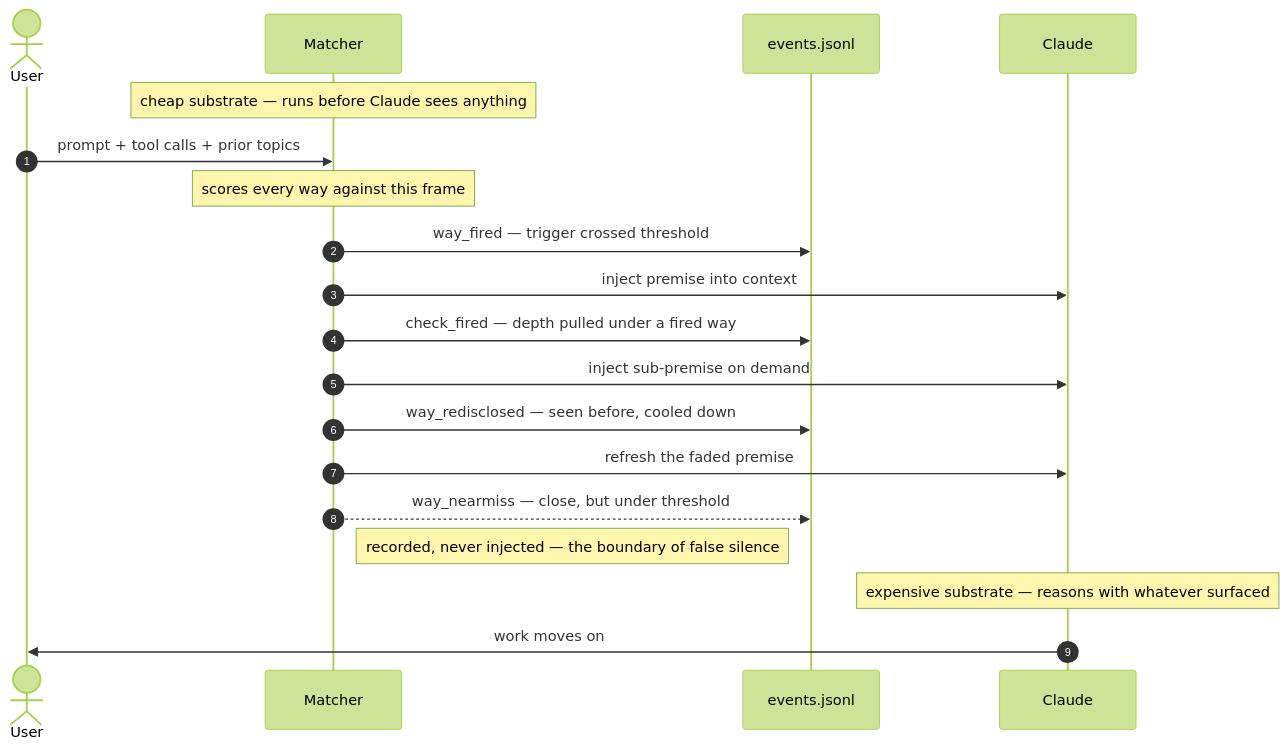
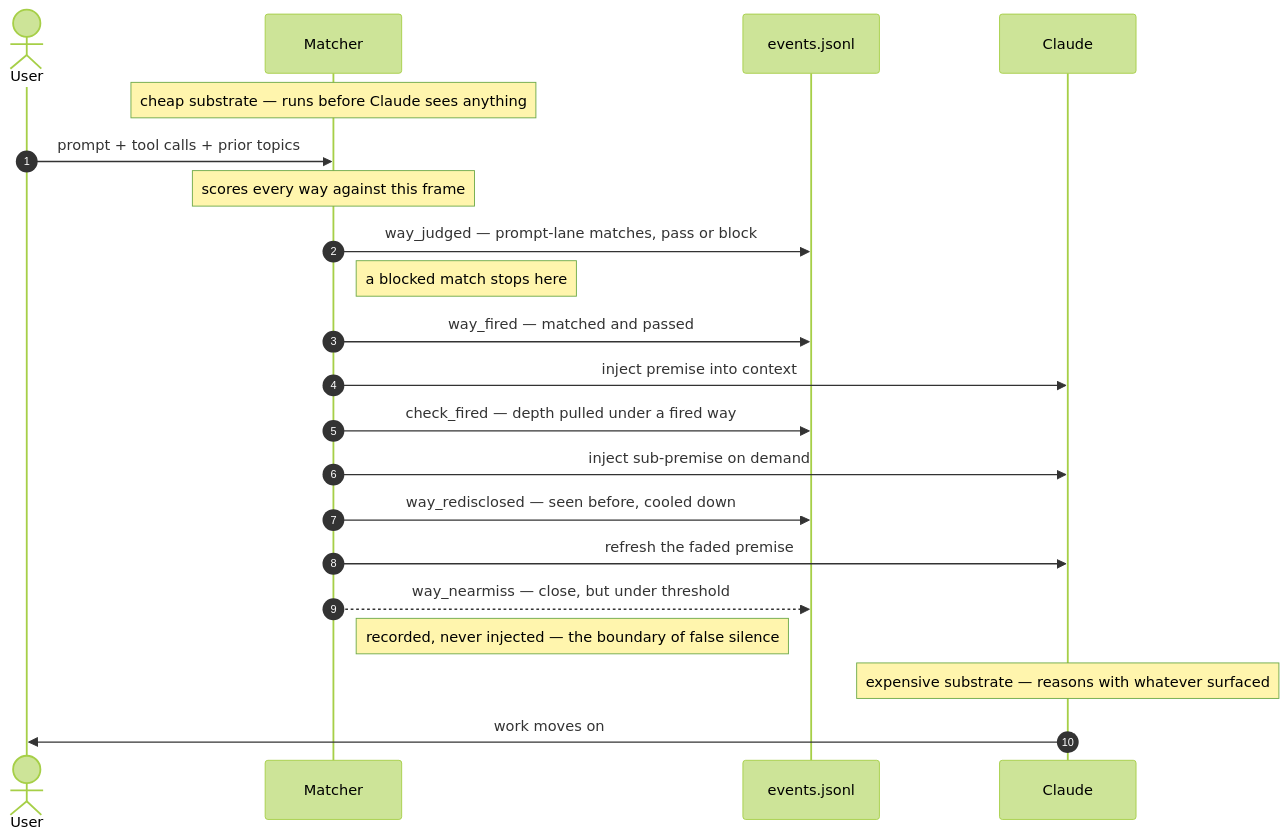
One commit to aaronsb/agent-ways changed the second of 2 diagrams in docs/explanation/how-ways-works/how-ways-works-the-model.md. Above: the diagram before and after it, drawn with Mermaid (forest theme). The commit also changed other lines of this file and 33 other files, not shown here.

````diff
--- a/docs/explanation/how-ways-works/how-ways-works-the-model.md
+++ b/docs/explanation/how-ways-works/how-ways-works-the-model.md
@@ -143,27 +169,30 @@
 ```mermaid
 sequenceDiagram
     autonumber
     actor User
     participant M as Matcher
     participant R as events.jsonl
     participant C as Claude
 
     Note over M: cheap substrate — runs before Claude sees anything
     User->>M: prompt + tool calls + prior topics
     Note over M: scores every way against this frame
 
-    M->>R: way_fired — trigger crossed threshold
+    M->>R: way_judged — prompt-lane matches, pass or block
+    Note right of M: a blocked match stops here
+
+    M->>R: way_fired — matched and passed
     M->>C: inject premise into context
 
     M->>R: check_fired — depth pulled under a fired way
     M->>C: inject sub-premise on demand
 
     M->>R: way_redisclosed — seen before, cooled down
     M->>C: refresh the faded premise
 
     M-->>R: way_nearmiss — close, but under threshold
     Note right of M: recorded, never injected — the boundary of false silence
 
     Note over C: expensive substrate — reasons with whatever surfaced
     C->>User: work moves on
 ```
````
